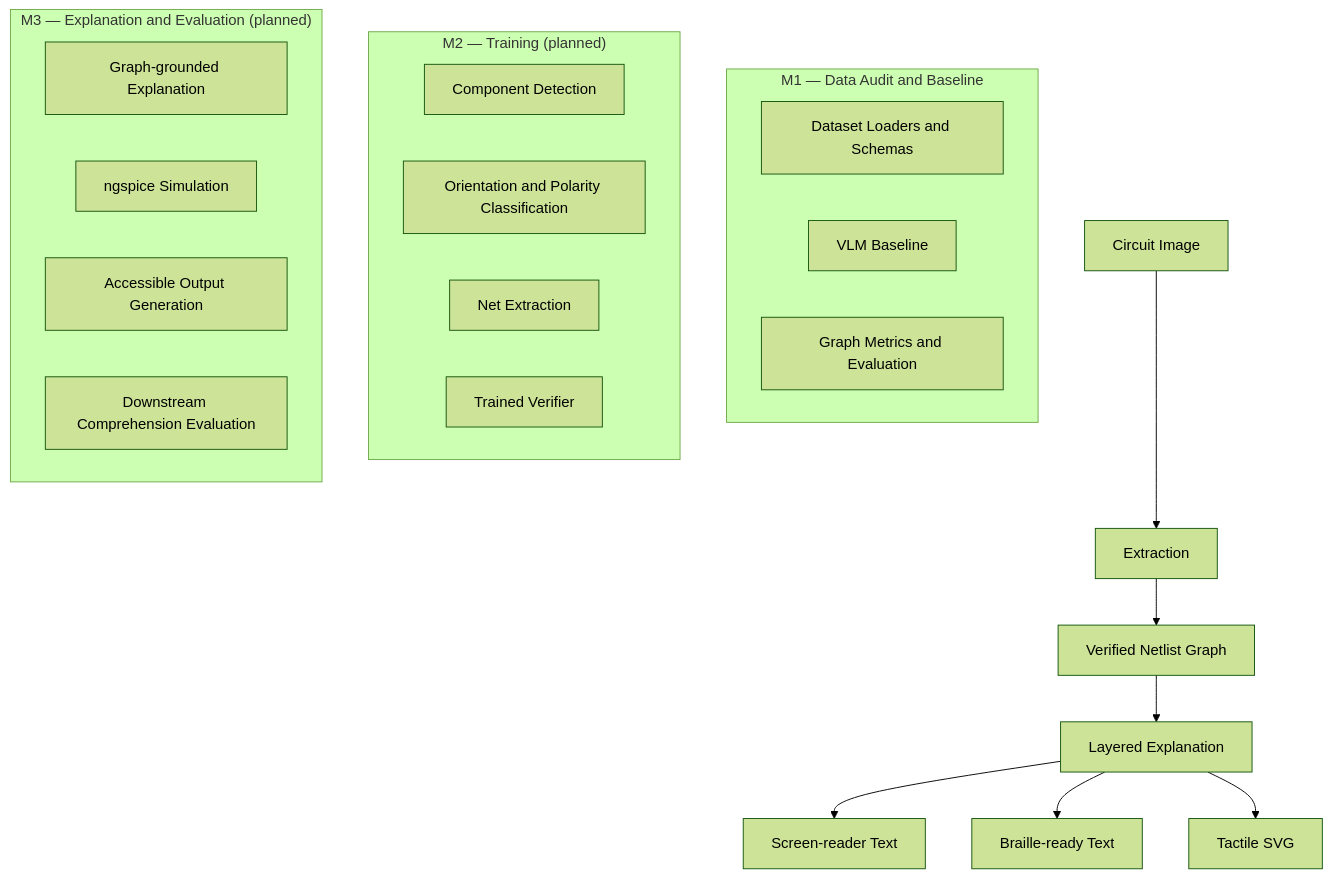
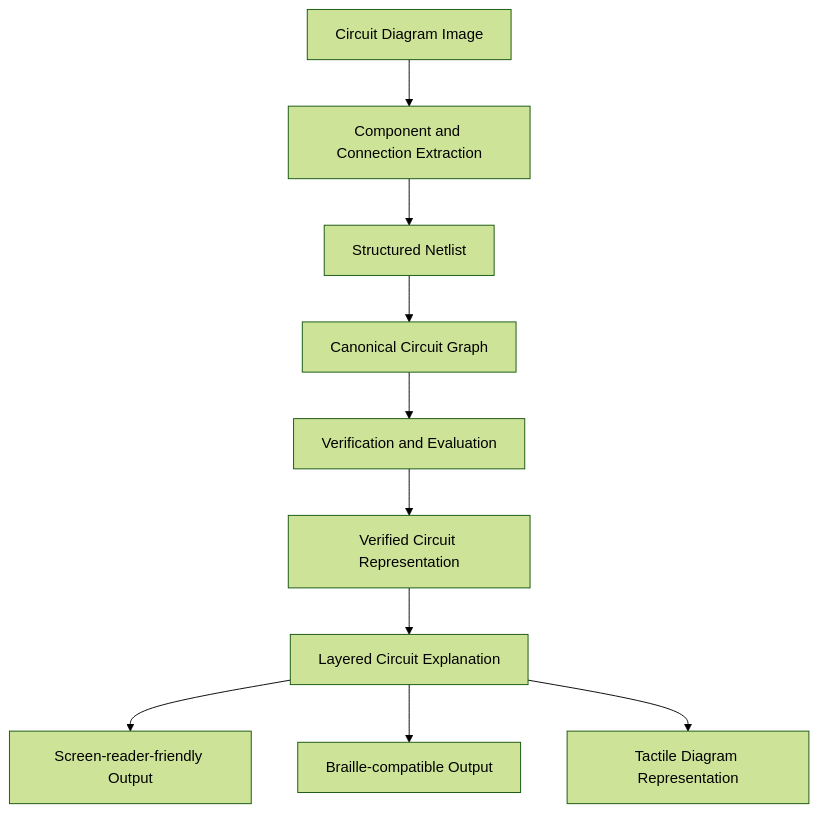
Before and after one commit to niksi-nova/verified-circuit-access: the diagram in README.md, drawn with Mermaid (forest theme). The commit also changed other lines of this file, not shown here.

````diff
--- a/README.md
+++ b/README.md
@@ -19,30 +23,12 @@
 ```mermaid
 flowchart TD
-    A[Circuit Image] --> B[Extraction]
-    B --> C[Verified Netlist Graph]
-    C --> D[Layered Explanation]
-
-    D --> E[Screen-reader Text]
-    D --> F[Braille-ready Text]
-    D --> G[Tactile SVG]
-
-    subgraph M1["M1 — Data Audit and Baseline"]
-        B1[Dataset Loaders and Schemas]
-        B2[VLM Baseline]
-        B3[Graph Metrics and Evaluation]
-    end
-
-    subgraph M2["M2 — Training (planned)"]
-        H[Component Detection]
-        I[Orientation and Polarity Classification]
-        J[Net Extraction]
-        K[Trained Verifier]
-    end
-
-    subgraph M3["M3 — Explanation and Evaluation (planned)"]
-        L[Graph-grounded Explanation]
-        M[ngspice Simulation]
-        N[Accessible Output Generation]
-        O[Downstream Comprehension Evaluation]
-    end
+    A["Circuit Diagram Image"] --> B["Component and Connection Extraction"]
+    B --> C["Structured Netlist"]
+    C --> D["Canonical Circuit Graph"]
+    D --> E["Verification and Evaluation"]
+    E --> F["Verified Circuit Representation"]
+    F --> G["Layered Circuit Explanation"]
+    G --> H["Screen-reader-friendly Output"]
+    G --> I["Braille-compatible Output"]
+    G --> J["Tactile Diagram Representation"]
 ```
````
